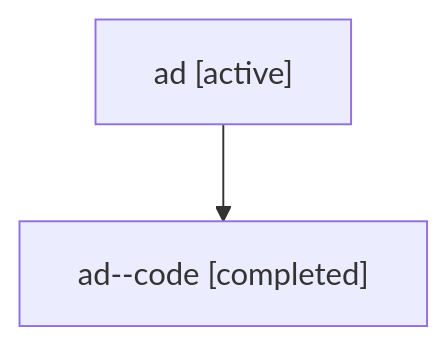
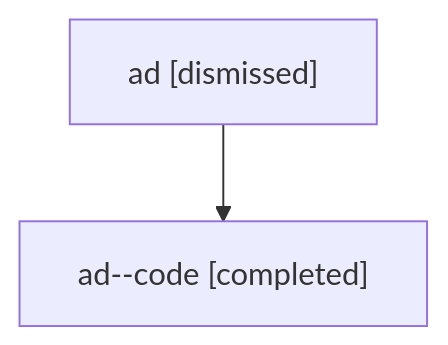
Before and after one commit to bobs-org/bob-cli--agents: the diagram in sessions/bbugyi200.athena.ad.md, drawn with Mermaid. The commit also changed other lines of this file and 34 other files, not shown here.

````diff
--- a/sessions/bbugyi200.athena.ad.md
+++ b/sessions/bbugyi200.athena.ad.md
@@ -9,6 +9,6 @@
 ```mermaid
 flowchart TD
-  n0["ad [active]"]
+  n0["ad [dismissed]"]
   n1["ad--code [completed]"]
   n0 --> n1
 ```
````
